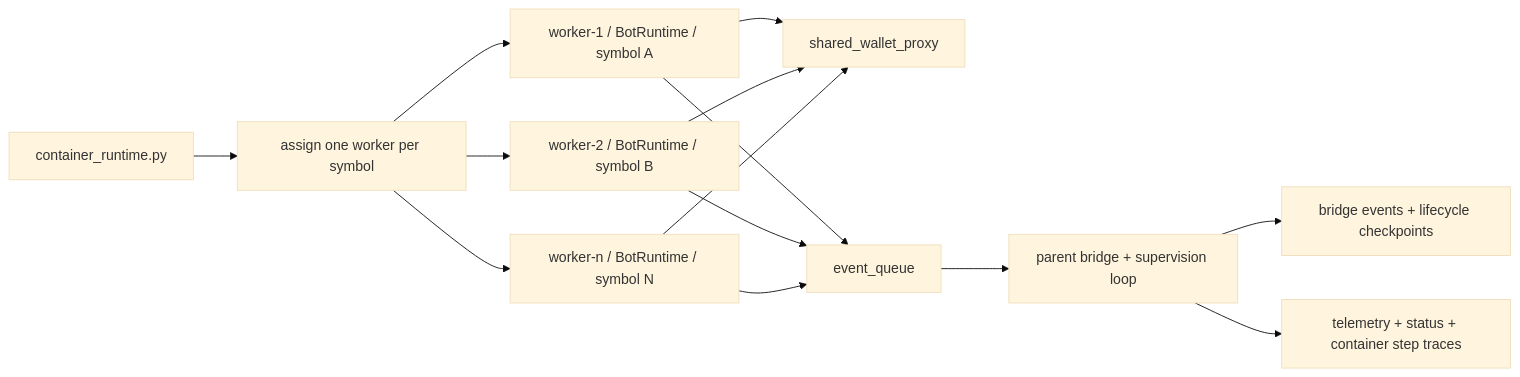
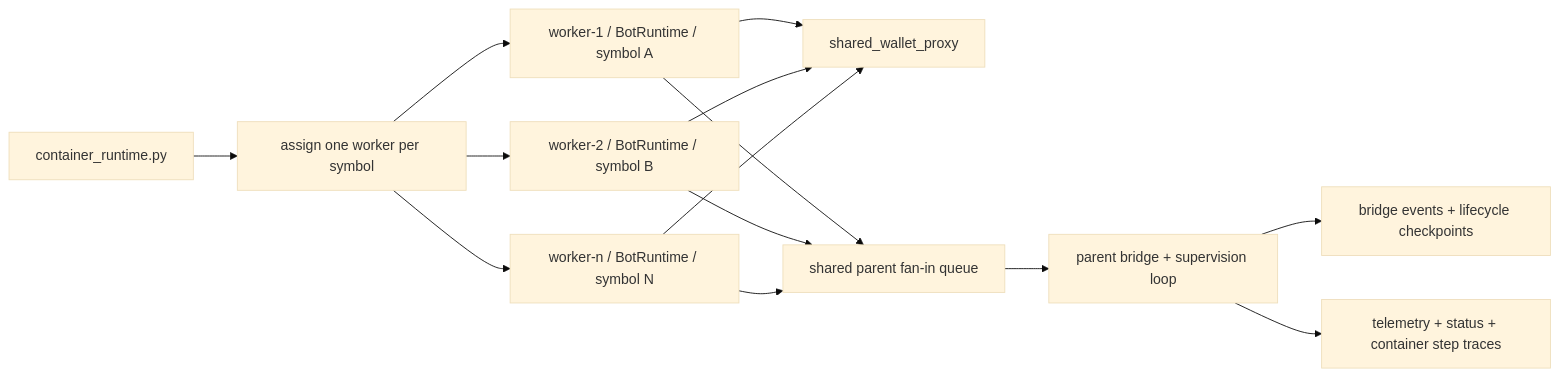
The diagram in docs/architecture/runtime/BOT_RUNTIME_SYMBOL_SHARDING_ARCHITECTURE.md (elijahbrookss/quant-trad), drawn with Mermaid (base theme) before and after one commit. The commit also changed other lines of this file and 4 other files, not shown here.

Commit message:
Use shared fan-in queue for runtime telemetry bridge

````diff
--- a/docs/architecture/runtime/BOT_RUNTIME_SYMBOL_SHARDING_ARCHITECTURE.md
+++ b/docs/architecture/runtime/BOT_RUNTIME_SYMBOL_SHARDING_ARCHITECTURE.md
@@ -43,16 +43,16 @@
 ```mermaid
 flowchart LR
     A[container_runtime.py] --> B[assign one worker per symbol]
     B --> C1[worker-1 / BotRuntime / symbol A]
     B --> C2[worker-2 / BotRuntime / symbol B]
     B --> C3[worker-n / BotRuntime / symbol N]
     C1 --> D[shared_wallet_proxy]
     C2 --> D
     C3 --> D
-    C1 --> E[event_queue]
+    C1 --> E[shared parent fan-in queue]
     C2 --> E
     C3 --> E
     E --> F[parent bridge + supervision loop]
     F --> G[bridge events + lifecycle checkpoints]
     F --> H[telemetry + status + container step traces]
 ```
````
